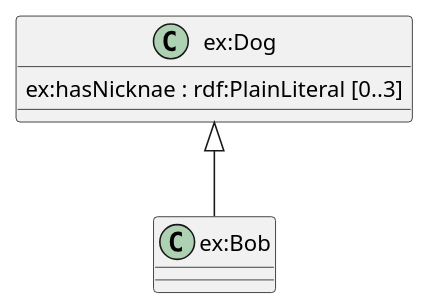
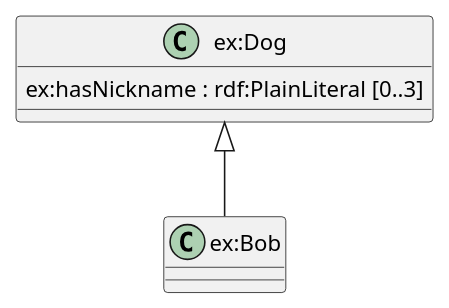
One commit to OP-TED/epo-tools changed the diagram in test/support/prompt-uml.md. Above: the diagram before and after it, drawn with PlantUML. The commit also changed other lines of this file and 1 other file, not shown here.

Commit message:
CPV distribution experiment

````diff
--- a/test/support/prompt-uml.md
+++ b/test/support/prompt-uml.md
@@ -9,10 +7,10 @@
 ```plantuml
 class "ex:Bob" {
 
 }
 class "ex:Dog" {
-    ex:hasNicknae : rdf:PlainLiteral [0..3]
+    ex:hasNickname : rdf:PlainLiteral [0..3]
 }
 
 "ex:Dog" <|-- "ex:Bob"
 ```
````
